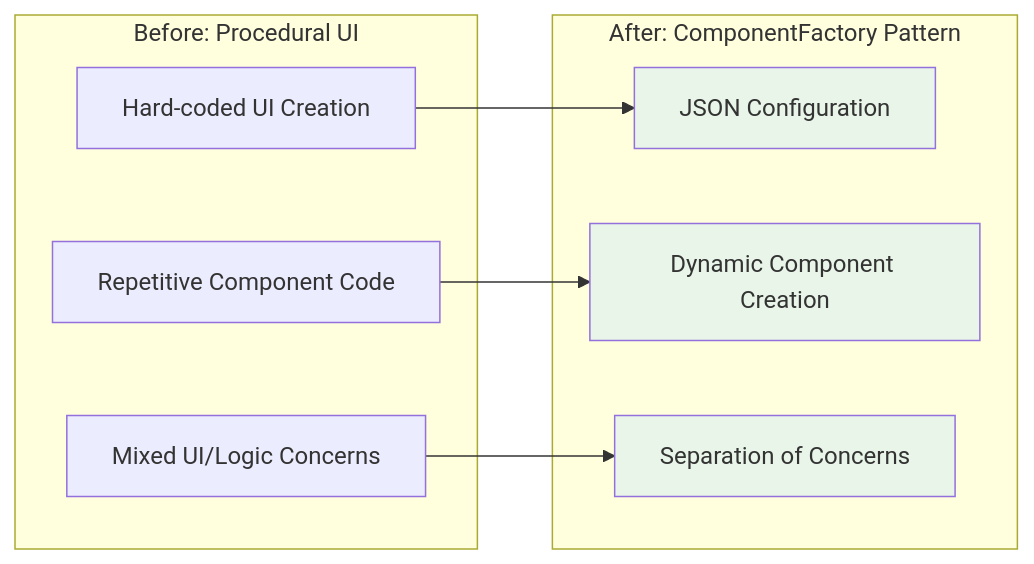
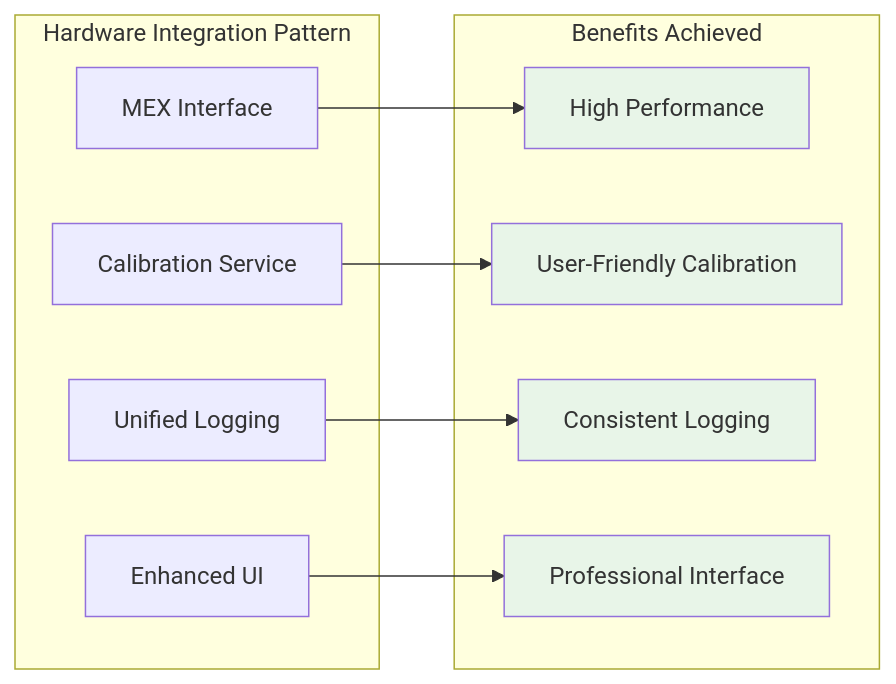
Before and after one commit to guitarbeat/scanimage-zcontrol: the seventh of 7 diagrams in ARCHITECTURE.md, drawn with Mermaid. The commit also changed other lines of this file and 1 other file, not shown here.

````diff
--- a/ARCHITECTURE.md
+++ b/ARCHITECTURE.md
@@ -355,22 +355,26 @@
 ```mermaid
 graph LR
-    subgraph "Before: Procedural UI"
-        A[Hard-coded UI Creation]
-        B[Repetitive Component Code]
-        C[Mixed UI/Logic Concerns]
+    subgraph "Hardware Integration Pattern"
+        A[MEX Interface]
+        B[Calibration Service]
+        C[Unified Logging]
+        D[Enhanced UI]
     end
     
-    subgraph "After: ComponentFactory Pattern"
-        D[JSON Configuration]
-        E[Dynamic Component Creation]
-        F[Separation of Concerns]
+    subgraph "Benefits Achieved"
+        E[High Performance]
+        F[User-Friendly Calibration]
+        G[Consistent Logging]
+        H[Professional Interface]
     end
     
-    A --> D
-    B --> E
-    C --> F
+    A --> E
+    B --> F
+    C --> G
+    D --> H
     
-    style D fill:#e8f5e8
     style E fill:#e8f5e8
     style F fill:#e8f5e8
+    style G fill:#e8f5e8
+    style H fill:#e8f5e8
 ```
````
